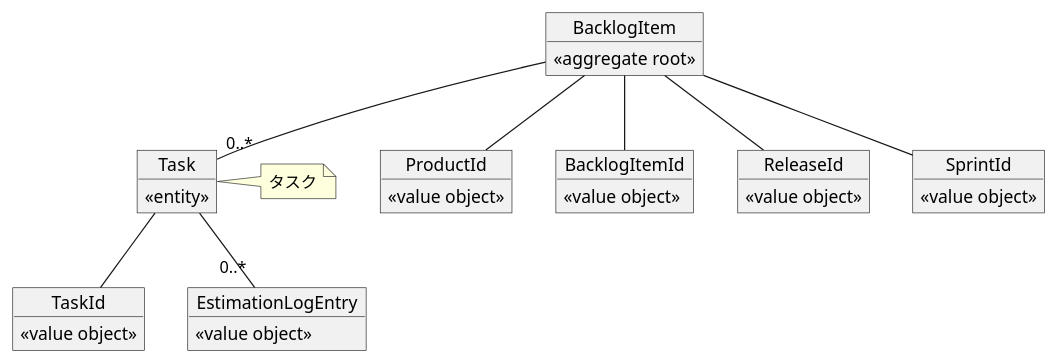
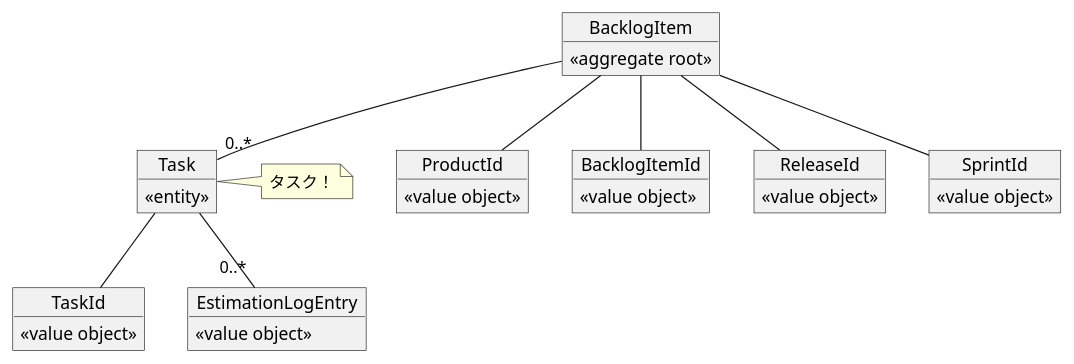
One commit to abekoh/commit-plantuml-action changed the diagram in sample/backlog-item.puml. Above: the diagram before and after it, drawn with PlantUML.

```diff
--- a/sample/backlog-item.puml
+++ b/sample/backlog-item.puml
@@ -1,41 +1,41 @@
 @startuml
 object BacklogItem {
   <<aggregate root>>
 }
 object ProductId {
   <<value object>>
 }
 object BacklogItemId {
   <<value object>>
 }
 object ReleaseId {
   <<value object>>
 }
 object SprintId {
   <<value object>>
 }
 
 object Task {
   <<entity>>
 }
 object TaskId {
   <<value object>>
 }
 object EstimationLogEntry {
   <<value object>>
 }
 
 BacklogItem -- BacklogItemId
 BacklogItem -- ProductId
 BacklogItem -- ReleaseId
 BacklogItem -- SprintId
 BacklogItem -- "0..*" Task
 
 Task -- TaskId
 Task -- "0..*" EstimationLogEntry
 
 note right of Task {
-  タスク
+  タスク！
 }
 
 @enduml
```
